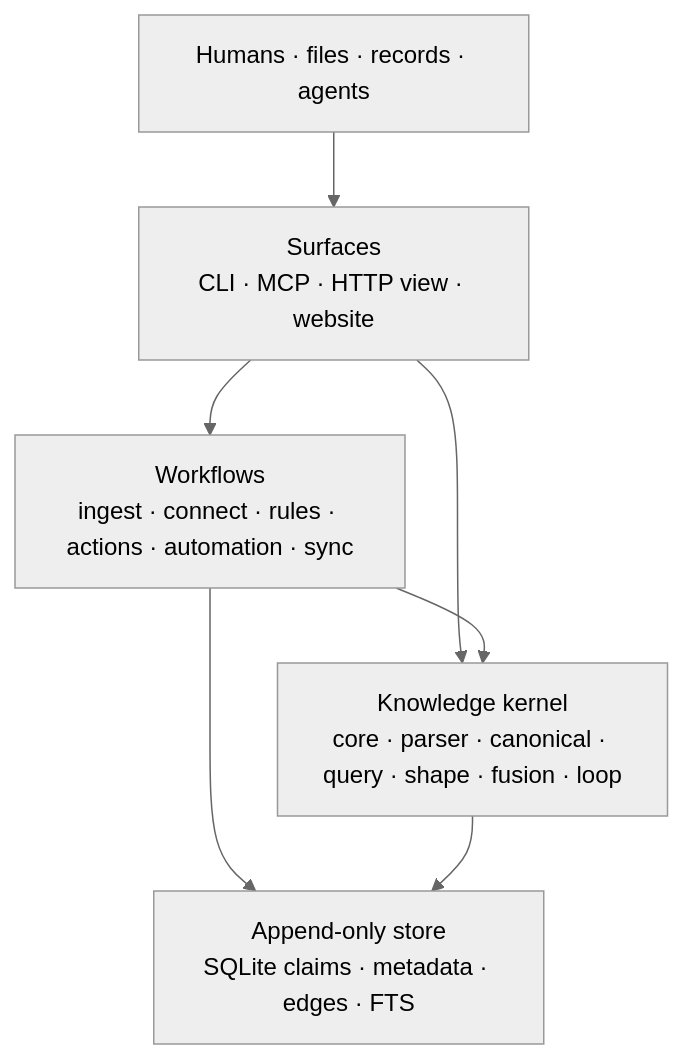
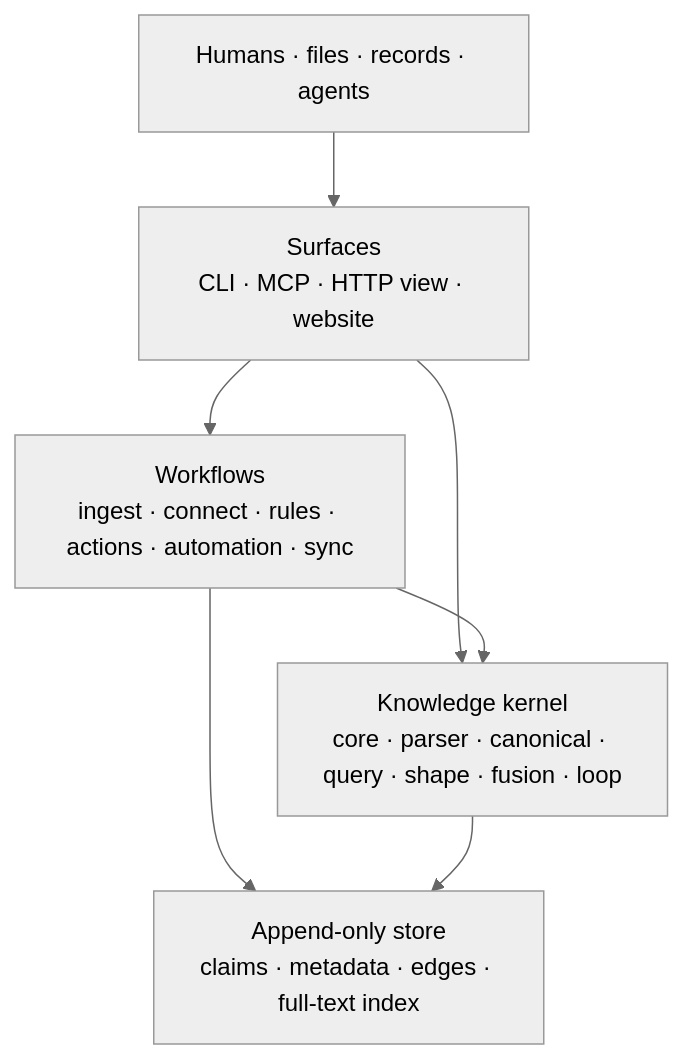
The first of 5 diagrams in ARCHITECTURE.md (mirek/cave), drawn with Mermaid (neutral theme) before and after one commit. The commit also changed other lines of this file and 21 other files, not shown here.

````diff
--- a/ARCHITECTURE.md
+++ b/ARCHITECTURE.md
@@ -15,15 +15,15 @@
 ```mermaid
 flowchart TB
     inputs["Humans · files · records · agents"]
     surfaces["Surfaces<br/>CLI · MCP · HTTP view · website"]
     workflows["Workflows<br/>ingest · connect · rules · actions · automation · sync"]
     kernel["Knowledge kernel<br/>core · parser · canonical · query · shape · fusion · loop"]
-    store["Append-only store<br/>SQLite claims · metadata · edges · FTS"]
+    store["Append-only store<br/>claims · metadata · edges · full-text index"]
 
     inputs --> surfaces
     surfaces --> workflows
     surfaces --> kernel
     workflows --> kernel
     workflows --> store
     kernel --> store
 ```
````
